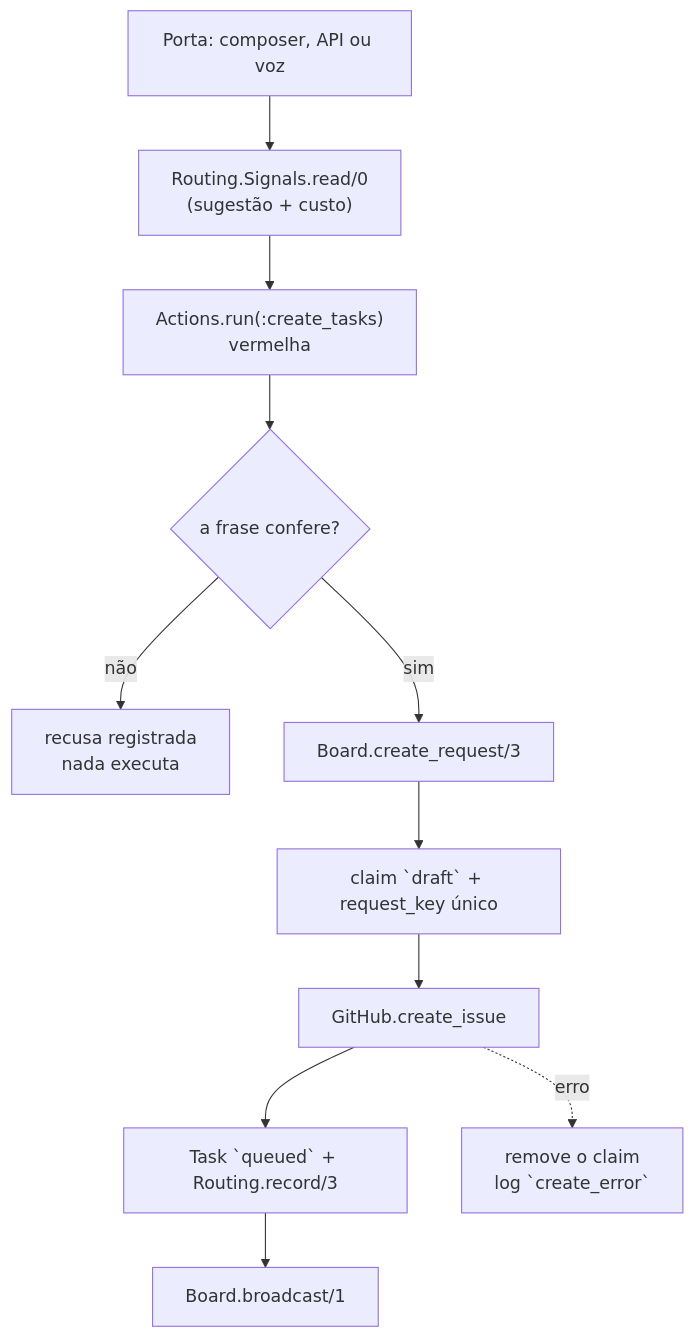
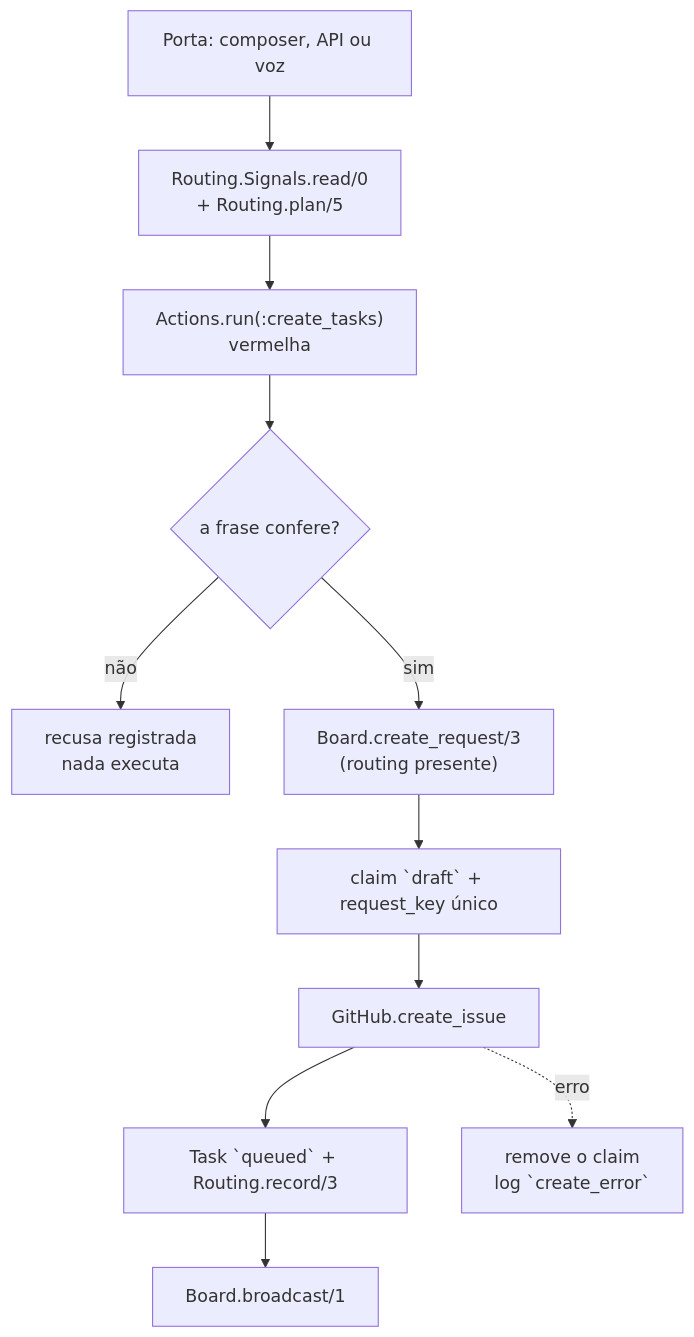
One commit to sallaumen/dsh-superagent-superboard changed the third of 5 diagrams in docs/architecture/README.md. Above: the diagram before and after it, drawn with Mermaid. The commit also changed other lines of this file and 11 other files, not shown here.

First line of the commit message:
refactor(routing): make the routing read explicit at the door

````diff
--- a/docs/architecture/README.md
+++ b/docs/architecture/README.md
@@ -133,13 +133,13 @@
 ```mermaid
 flowchart TD
-    A["Porta: composer, API ou voz"] --> B["Routing.Signals.read/0\n(sugestão + custo)"]
+    A["Porta: composer, API ou voz"] --> B["Routing.Signals.read/0\n+ Routing.plan/5"]
     B --> C["Actions.run(:create_tasks)\nvermelha"]
     C --> D{"a frase confere?"}
     D -- não --> X["recusa registrada\nnada executa"]
-    D -- sim --> E["Board.create_request/3"]
+    D -- sim --> E["Board.create_request/3\n(routing presente)"]
     E --> F["claim `draft` + request_key único"]
     F --> G["GitHub.create_issue"]
     G --> H["Task `queued` + Routing.record/3"]
     H --> I["Board.broadcast/1"]
     G -. erro .-> J["remove o claim\nlog `create_error`"]
 ```
````
